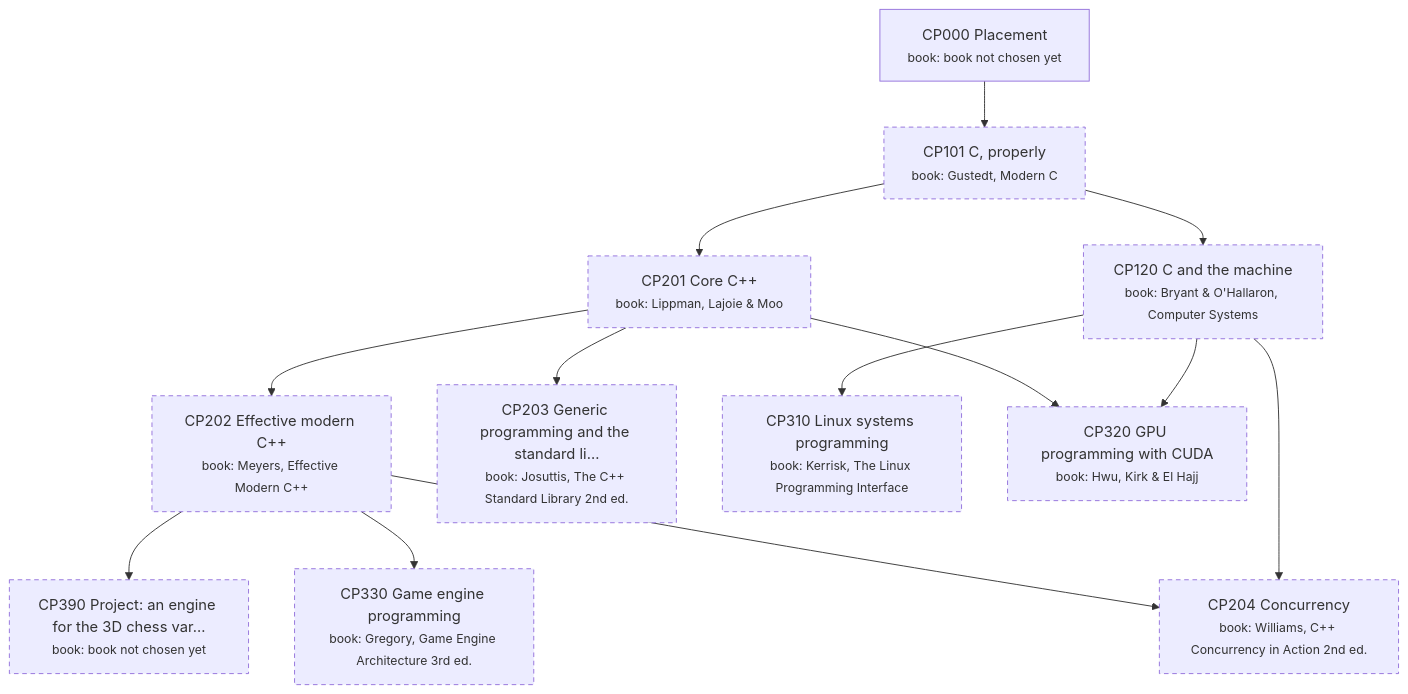
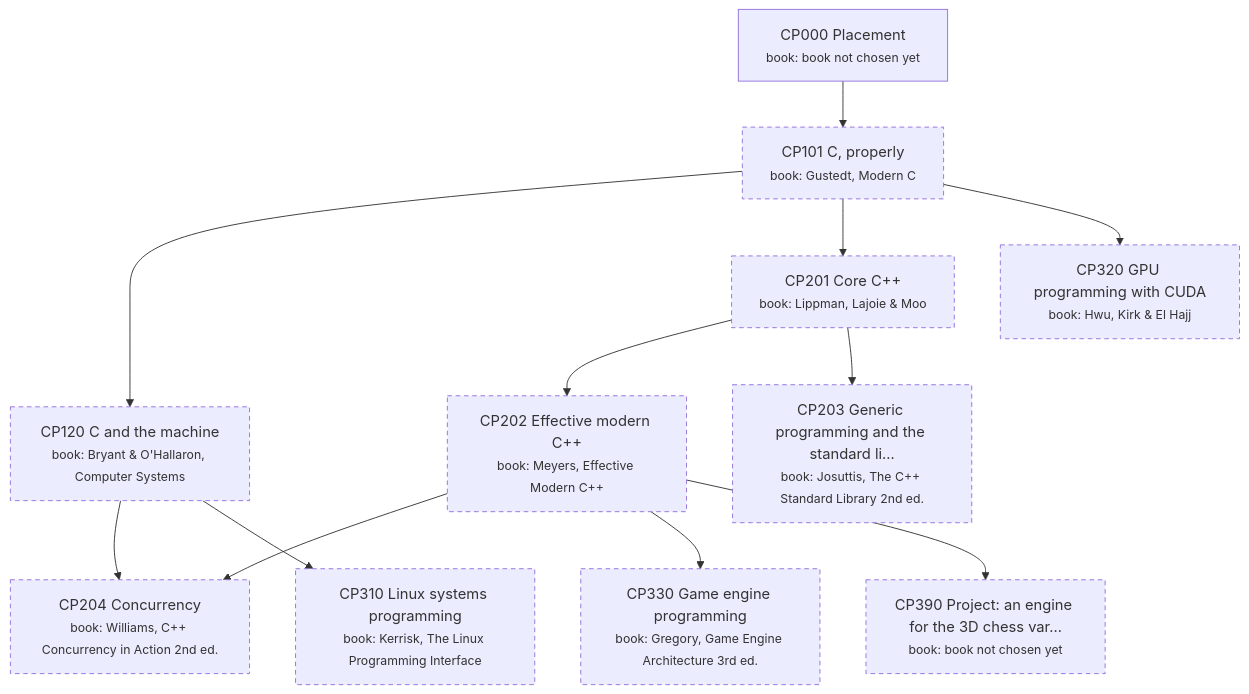
One commit to rahulsanjay18/learning changed the diagram in topics/cpp/DAG.md. Above: the diagram before and after it, drawn with Mermaid. The commit also changed 6 other files, not shown here.

````diff
--- a/topics/cpp/DAG.md
+++ b/topics/cpp/DAG.md
@@ -7,39 +7,38 @@
 ```mermaid
 flowchart TB
   CP000["CP000 Placement<br/><small>book: book not chosen yet</small>"]
   CP101["CP101 C, properly<br/><small>book: Gustedt, Modern C</small>"]
   CP120["CP120 C and the machine<br/><small>book: Bryant & O'Hallaron, Computer Systems</small>"]
   CP201["CP201 Core C++<br/><small>book: Lippman, Lajoie & Moo</small>"]
   CP202["CP202 Effective modern C++<br/><small>book: Meyers, Effective Modern C++</small>"]
   CP203["CP203 Generic programming and the standard li…<br/><small>book: Josuttis, The C++ Standard Library 2nd ed.</small>"]
   CP204["CP204 Concurrency<br/><small>book: Williams, C++ Concurrency in Action 2nd ed.</small>"]
   CP310["CP310 Linux systems programming<br/><small>book: Kerrisk, The Linux Programming Interface</small>"]
   CP320["CP320 GPU programming with CUDA<br/><small>book: Hwu, Kirk & El Hajj</small>"]
   CP330["CP330 Game engine programming<br/><small>book: Gregory, Game Engine Architecture 3rd ed.</small>"]
   CP390["CP390 Project: an engine for the 3D chess var…<br/><small>book: book not chosen yet</small>"]
   CP000 --> CP101
   CP101 --> CP120
   CP101 --> CP201
   CP201 --> CP202
   CP201 --> CP203
   CP202 --> CP204
   CP120 --> CP204
   CP120 --> CP310
-  CP201 --> CP320
-  CP120 --> CP320
+  CP101 --> CP320
   CP202 --> CP330
   CP202 --> CP390
   classDef done fill:#eee,color:#777,stroke:#bbb
   classDef active stroke-width:3px
   classDef later stroke-dasharray:5 4
   class CP101 later
   class CP120 later
   class CP201 later
   class CP202 later
   class CP203 later
   class CP204 later
   class CP310 later
   class CP320 later
   class CP330 later
   class CP390 later
 ```
````
